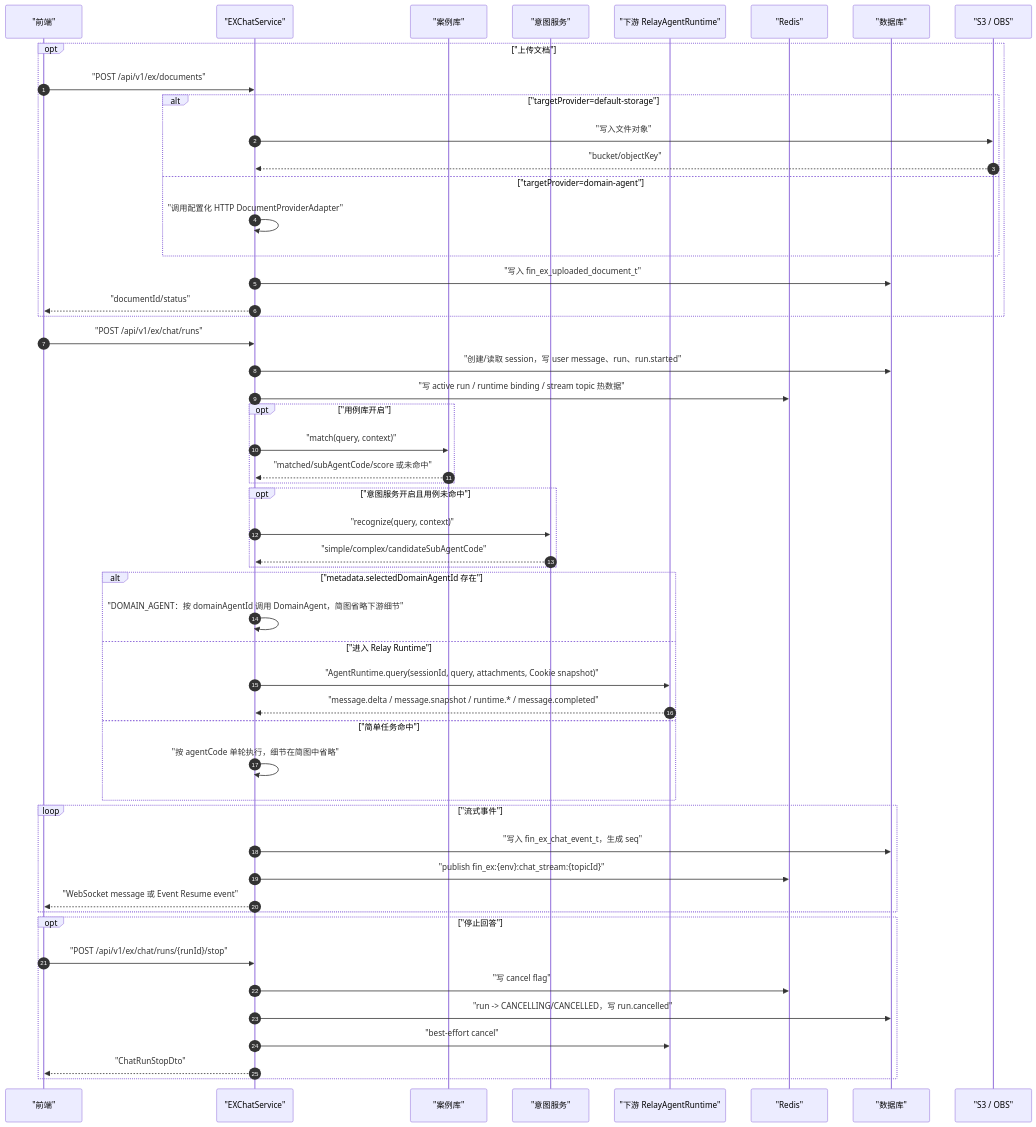
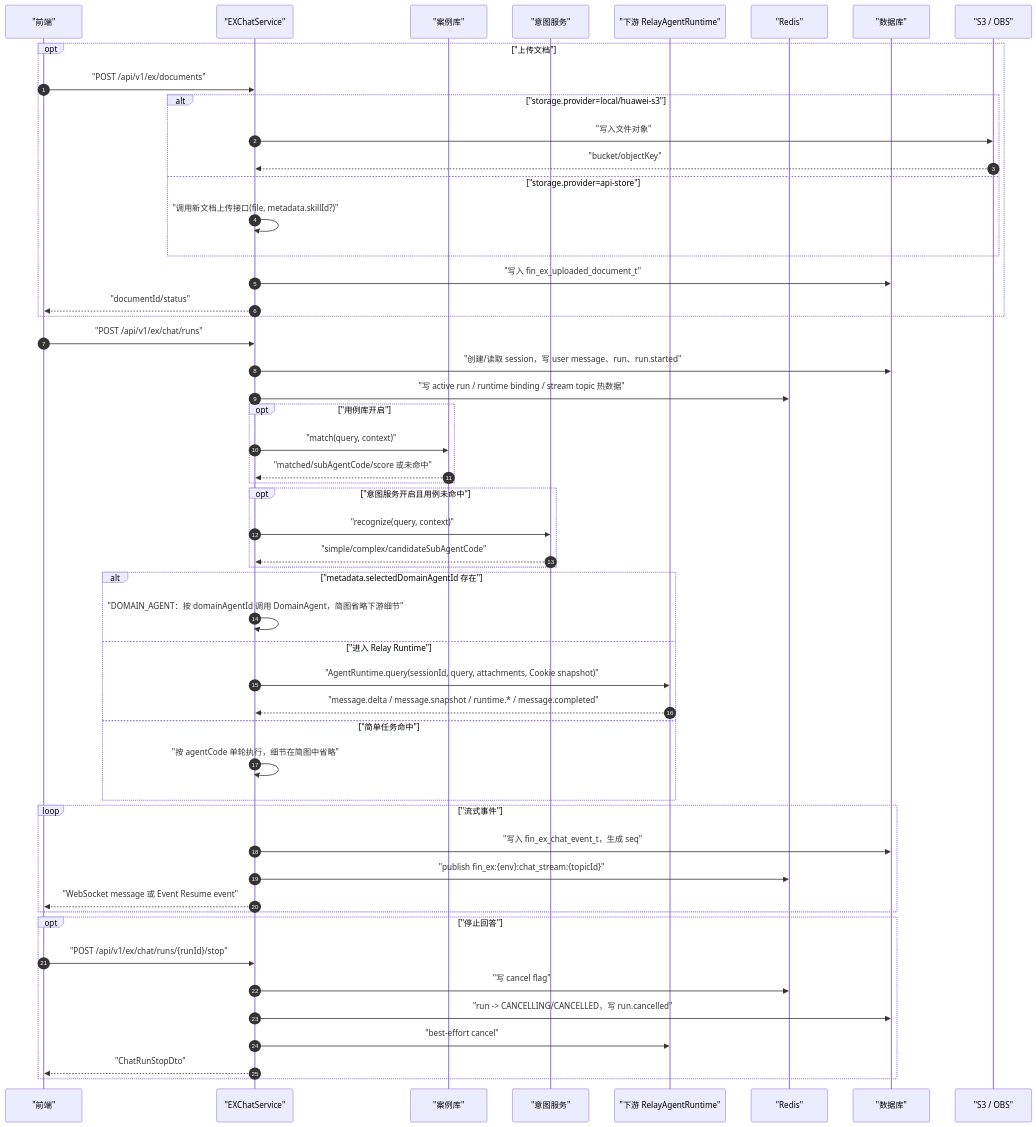
The third of 10 diagrams in docs/architecture/README.md (kunben-duck/exweb), drawn with Mermaid before and after one commit. The commit also changed other lines of this file and 40 other files, not shown here.

Commit message:
feat: simplify document upload storage

````diff
--- a/docs/architecture/README.md
+++ b/docs/architecture/README.md
@@ -160,61 +160,61 @@
 ```mermaid
 sequenceDiagram
     autonumber
     participant Frontend as "前端"
     participant EX as "EXChatService"
     participant UseCase as "案例库"
     participant Intent as "意图服务"
     participant Relay as "下游 RelayAgentRuntime"
     participant Redis as "Redis"
     participant DB as "数据库"
     participant S3 as "S3 / OBS"
 
     opt "上传文档"
         Frontend->>EX: "POST /api/v1/ex/documents"
-        alt "targetProvider=default-storage"
+        alt "storage.provider=local/huawei-s3"
             EX->>S3: "写入文件对象"
             S3-->>EX: "bucket/objectKey"
-        else "targetProvider=domain-agent"
-            EX->>EX: "调用配置化 HTTP DocumentProviderAdapter"
+        else "storage.provider=api-store"
+            EX->>EX: "调用新文档上传接口(file, metadata.skillId?)"
         end
         EX->>DB: "写入 fin_ex_uploaded_document_t"
         EX-->>Frontend: "documentId/status"
     end
 
     Frontend->>EX: "POST /api/v1/ex/chat/runs"
     EX->>DB: "创建/读取 session，写 user message、run、run.started"
     EX->>Redis: "写 active run / runtime binding / stream topic 热数据"
 
     opt "用例库开启"
         EX->>UseCase: "match(query, context)"
         UseCase-->>EX: "matched/subAgentCode/score 或未命中"
     end
 
     opt "意图服务开启且用例未命中"
         EX->>Intent: "recognize(query, context)"
         Intent-->>EX: "simple/complex/candidateSubAgentCode"
     end
 
     alt "metadata.selectedDomainAgentId 存在"
         EX->>EX: "DOMAIN_AGENT：按 domainAgentId 调用 DomainAgent，简图省略下游细节"
     else "进入 Relay Runtime"
         EX->>Relay: "AgentRuntime.query(sessionId, query, attachments, Cookie snapshot)"
         Relay-->>EX: "message.delta / message.snapshot / runtime.* / message.completed"
     else "简单任务命中"
         EX->>EX: "按 agentCode 单轮执行，细节在简图中省略"
     end
 
     loop "流式事件"
         EX->>DB: "写入 fin_ex_chat_event_t，生成 seq"
         EX->>Redis: "publish fin_ex:{env}:chat_stream:{topicId}"
         EX-->>Frontend: "WebSocket message 或 Event Resume event"
     end
 
     opt "停止回答"
         Frontend->>EX: "POST /api/v1/ex/chat/runs/{runId}/stop"
         EX->>Redis: "写 cancel flag"
         EX->>DB: "run -> CANCELLING/CANCELLED，写 run.cancelled"
         EX->>Relay: "best-effort cancel"
         EX-->>Frontend: "ChatRunStopDto"
     end
 ```
````
